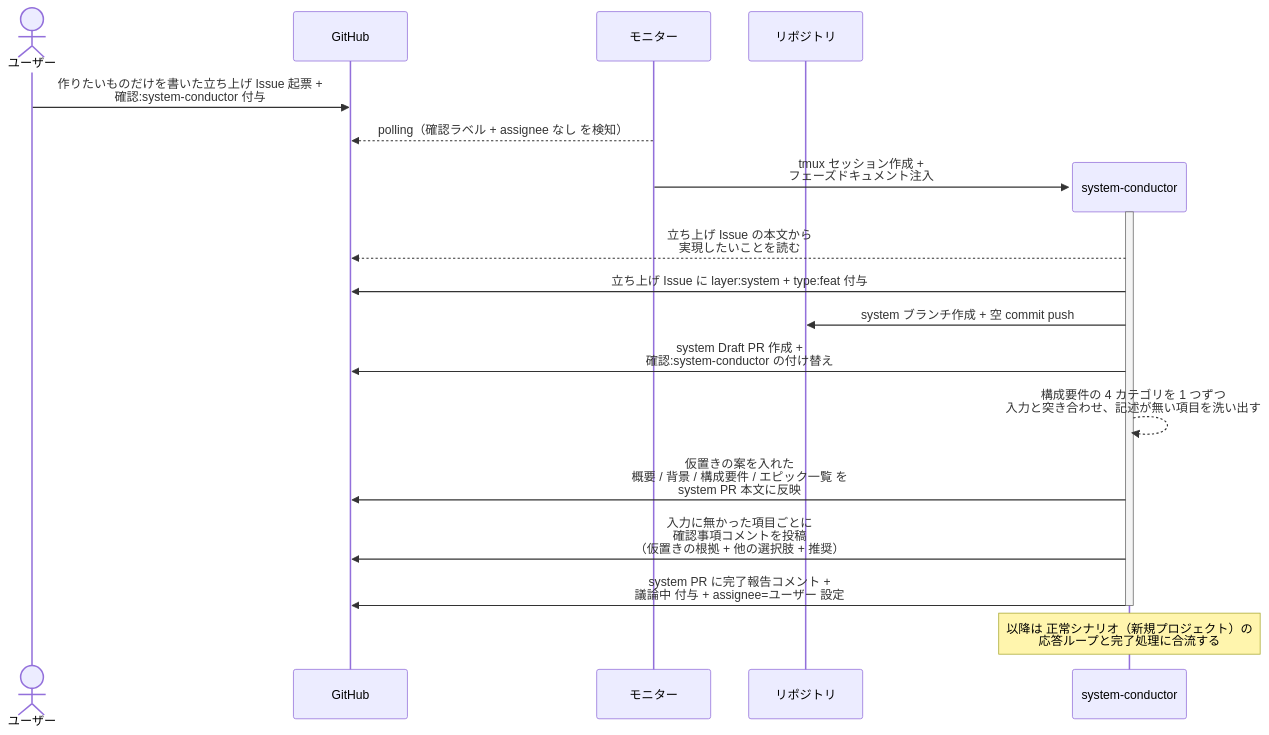
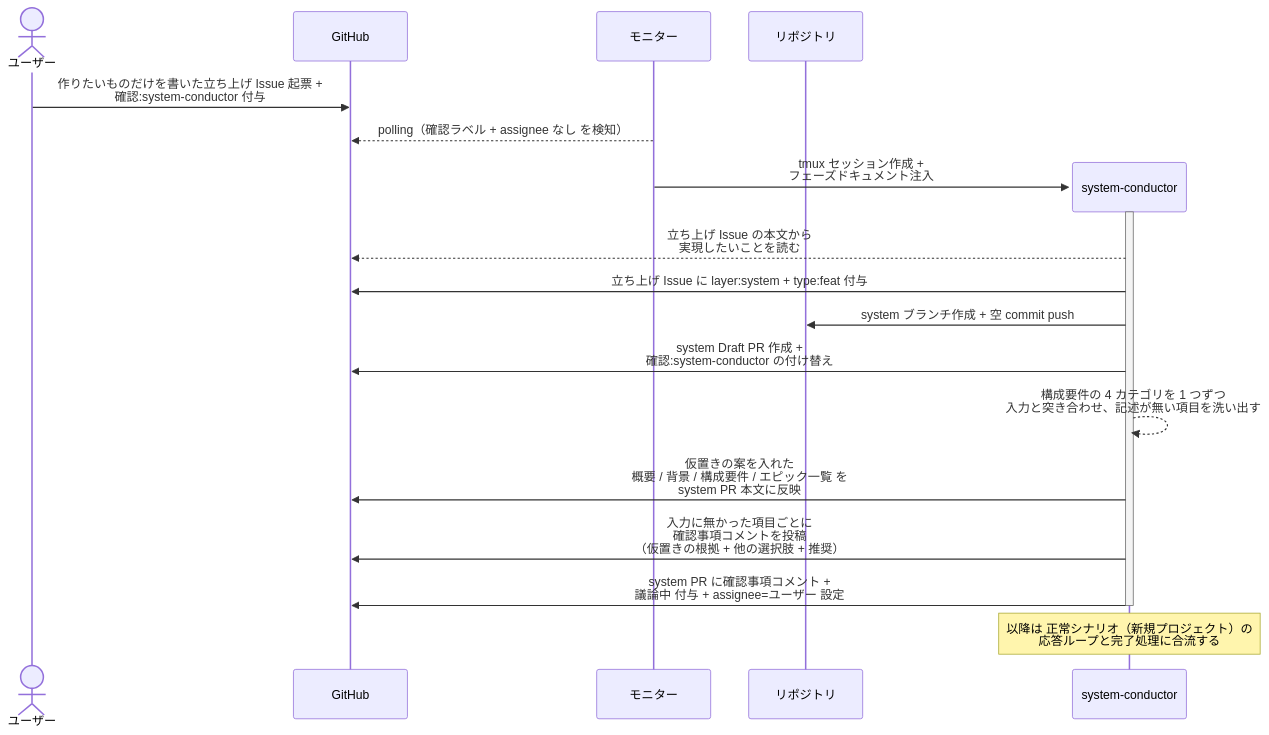
Before and after one commit to shuhei1101/ai-monitor: the second of 3 diagrams in docs/wiki/設計図/シナリオ/単一ユースケース/システム構成確定.md, drawn with Mermaid. The commit also changed other lines of this file and 174 other files, not shown here.

````diff
--- a/docs/wiki/設計図/シナリオ/単一ユースケース/システム構成確定.md
+++ b/docs/wiki/設計図/シナリオ/単一ユースケース/システム構成確定.md
@@ -105,23 +105,23 @@
 ```mermaid
 sequenceDiagram
   actor U as ユーザー
   participant GH as GitHub
   participant ORC as モニター
   participant REPO as リポジトリ
 
   U->>GH: 作りたいものだけを書いた立ち上げ Issue 起票 +<br>確認:system-conductor 付与
   ORC-->>GH: polling（確認ラベル + assignee なし を検知）
   create participant MON as system-conductor
   ORC->>MON: tmux セッション作成 +<br>フェーズドキュメント注入
   activate MON
   MON-->>GH: 立ち上げ Issue の本文から<br>実現したいことを読む
   MON->>GH: 立ち上げ Issue に layer:system + type:feat 付与
   MON->>REPO: system ブランチ作成 + 空 commit push
   MON->>GH: system Draft PR 作成 +<br>確認:system-conductor の付け替え
   MON-->>MON: 構成要件の 4 カテゴリを 1 つずつ<br>入力と突き合わせ、記述が無い項目を洗い出す
   MON->>GH: 仮置きの案を入れた<br>概要 / 背景 / 構成要件 / エピック一覧 を<br>system PR 本文に反映
   MON->>GH: 入力に無かった項目ごとに<br>確認事項コメントを投稿<br>（仮置きの根拠 + 他の選択肢 + 推奨）
-  MON->>GH: system PR に完了報告コメント +<br>議論中 付与 + assignee=ユーザー 設定
+  MON->>GH: system PR に確認事項コメント +<br>議論中 付与 + assignee=ユーザー 設定
   deactivate MON
   Note over MON: 以降は 正常シナリオ（新規プロジェクト）の<br>応答ループと完了処理に合流する
 ```
````
